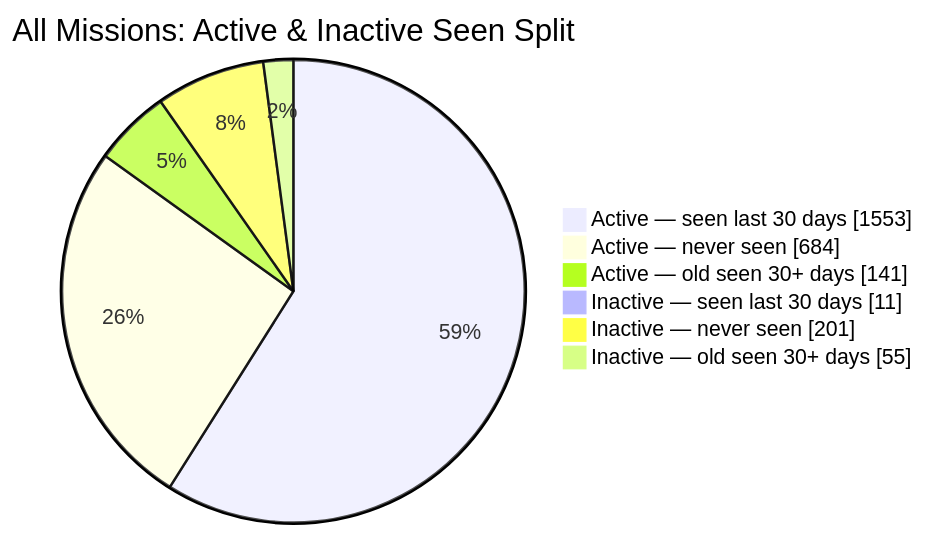
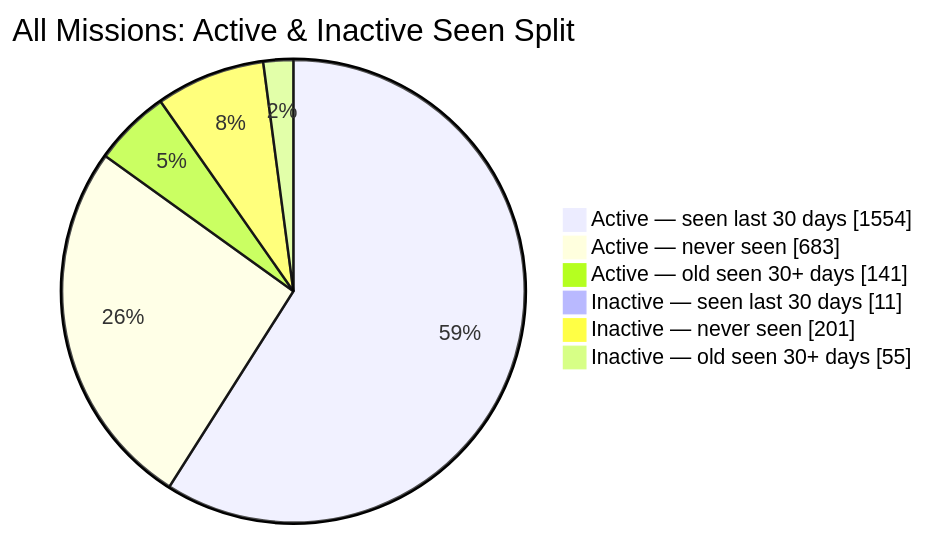
One commit to MeldkamerspelGameTeam/active-missions changed the second of 2 diagrams in README.md. Above: the diagram before and after it, drawn with Mermaid. The commit also changed other lines of this file and 2 other files, not shown here.

````diff
--- a/README.md
+++ b/README.md
@@ -44,10 +44,10 @@
 ```mermaid
 pie showData
     title All Missions: Active & Inactive Seen Split
-    "Active — seen last 30 days" : 1553
-    "Active — never seen" : 684
+    "Active — seen last 30 days" : 1554
+    "Active — never seen" : 683
     "Active — old seen 30+ days" : 141
     "Inactive — seen last 30 days" : 11
     "Inactive — never seen" : 201
     "Inactive — old seen 30+ days" : 55
 ```
````
